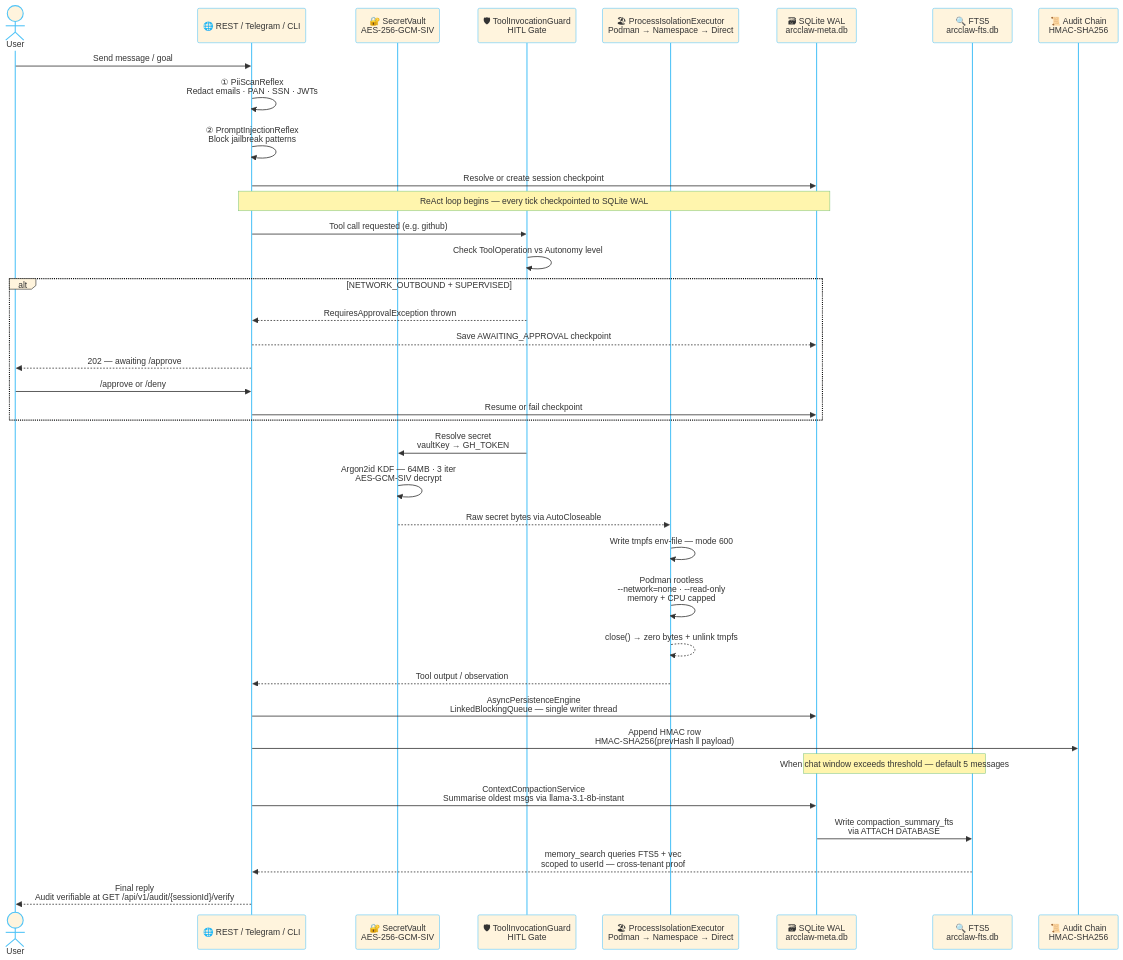
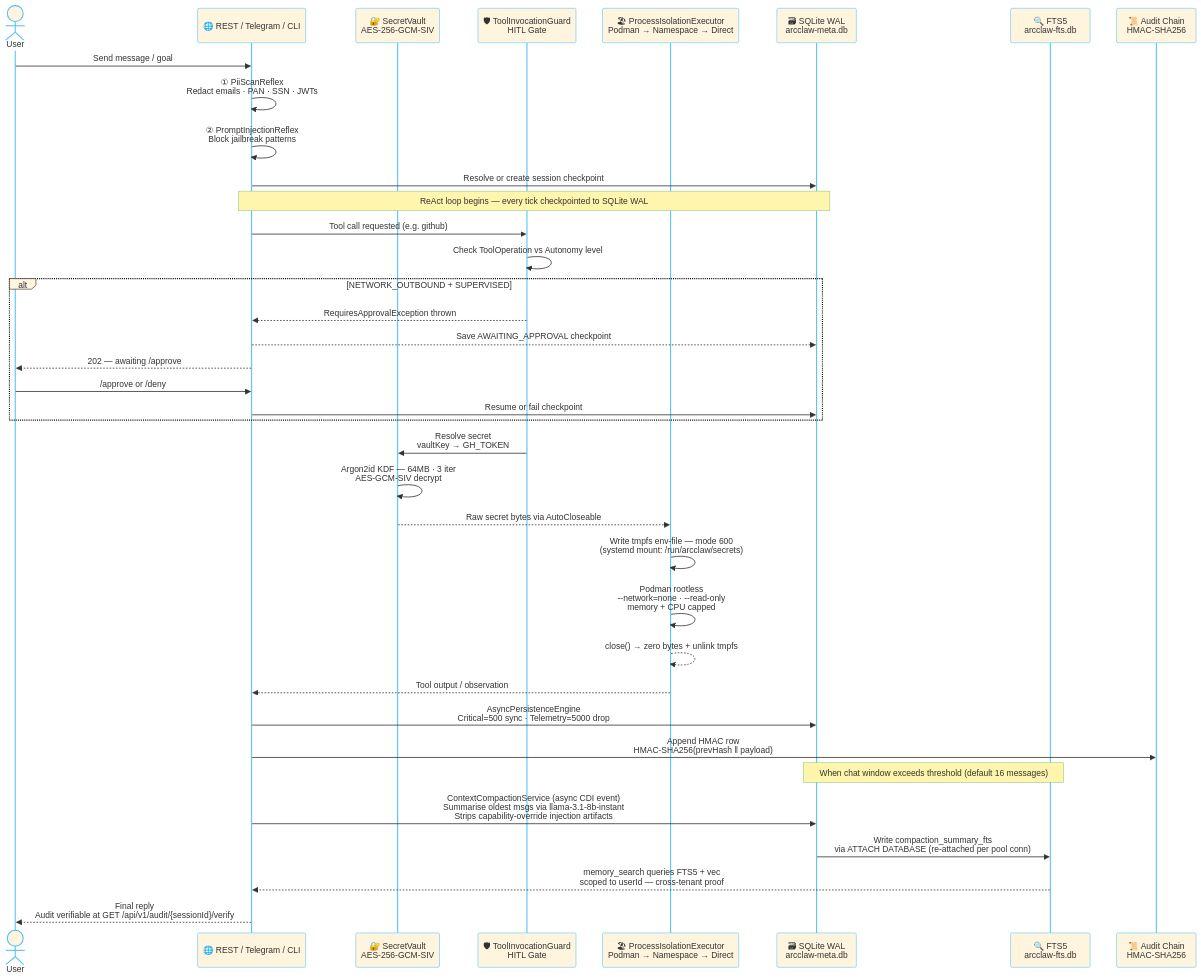
One commit to rsrini7/AmshaAgent changed the seventh of 8 diagrams in README.md. Above: the diagram before and after it, drawn with Mermaid. The commit also changed other lines of this file, not shown here.

````diff
--- a/README.md
+++ b/README.md
@@ -860,50 +914,50 @@
 ```mermaid
 %%{init: {'theme': 'base', 'themeVariables': {'primaryBorderColor': '#4fc3f7', 'lineColor': '#4fc3f7', 'activationBorderColor': '#4fc3f7', 'actorBorder': '#4fc3f7', 'actorLineColor': '#4fc3f7','labelBoxBorderColor': '#0b0c0cff', 'noteBorderColor': '#81c784', 'fontSize': '13px'}}}%%
 sequenceDiagram
     actor User
     participant API as 🌐 REST / Telegram / CLI
     participant Vault as 🔐 SecretVault<br/>AES-256-GCM-SIV
     participant Guard as 🛡 ToolInvocationGuard<br/>HITL Gate
     participant Sandbox as 🏖 ProcessIsolationExecutor<br/>Podman → Namespace → Direct
     participant SQLite as 🗃 SQLite WAL<br/>arcclaw-meta.db
     participant FTS as 🔍 FTS5<br/>arcclaw-fts.db
     participant Audit as 📜 Audit Chain<br/>HMAC-SHA256
 
     User->>API: Send message / goal
     API->>API: ① PiiScanReflex<br/>Redact emails · PAN · SSN · JWTs
     API->>API: ② PromptInjectionReflex<br/>Block jailbreak patterns
     API->>SQLite: Resolve or create session checkpoint
 
     Note over API,SQLite: ReAct loop begins — every tick checkpointed to SQLite WAL
 
     API->>Guard: Tool call requested (e.g. github)
     Guard->>Guard: Check ToolOperation vs Autonomy level
 
     alt NETWORK_OUTBOUND + SUPERVISED
         Guard-->>API: RequiresApprovalException thrown
         API-->>SQLite: Save AWAITING_APPROVAL checkpoint
         API-->>User: 202 — awaiting /approve
         User->>API: /approve or /deny
         API->>SQLite: Resume or fail checkpoint
     end
 
     Guard->>Vault: Resolve secret<br/>vaultKey → GH_TOKEN
     Vault->>Vault: Argon2id KDF — 64MB · 3 iter<br/>AES-GCM-SIV decrypt
     Vault-->>Sandbox: Raw secret bytes via AutoCloseable
 
-    Sandbox->>Sandbox: Write tmpfs env-file — mode 600
+    Sandbox->>Sandbox: Write tmpfs env-file — mode 600<br/>(systemd mount: /run/arcclaw/secrets)
     Sandbox->>Sandbox: Podman rootless<br/>--network=none · --read-only<br/>memory + CPU capped
     Sandbox-->>Sandbox: close() → zero bytes + unlink tmpfs
 
     Sandbox-->>API: Tool output / observation
-    API->>SQLite: AsyncPersistenceEngine<br/>LinkedBlockingQueue — single writer thread
+    API->>SQLite: AsyncPersistenceEngine<br/>Critical=500 sync · Telemetry=5000 drop
     API->>Audit: Append HMAC row<br/>HMAC-SHA256(prevHash ‖ payload)
 
-    Note over SQLite,FTS: When chat window exceeds threshold — default 5 messages
+    Note over SQLite,FTS: When chat window exceeds threshold (default 16 messages)
 
-    API->>SQLite: ContextCompactionService<br/>Summarise oldest msgs via llama-3.1-8b-instant
-    SQLite->>FTS: Write compaction_summary_fts<br/>via ATTACH DATABASE
+    API->>SQLite: ContextCompactionService (async CDI event)<br/>Summarise oldest msgs via llama-3.1-8b-instant<br/>Strips capability-override injection artifacts
+    SQLite->>FTS: Write compaction_summary_fts<br/>via ATTACH DATABASE (re-attached per pool conn)
     FTS-->>API: memory_search queries FTS5 + vec<br/>scoped to userId — cross-tenant proof
 
     API-->>User: Final reply<br/>Audit verifiable at GET /api/v1/audit/{sessionId}/verify
 ```
````
